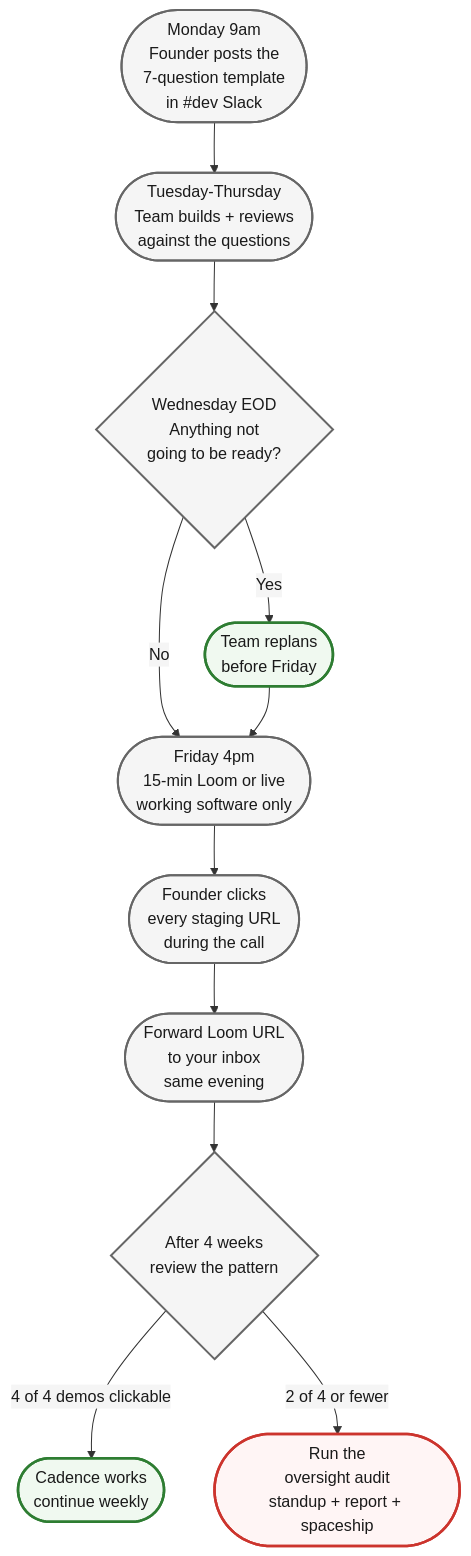
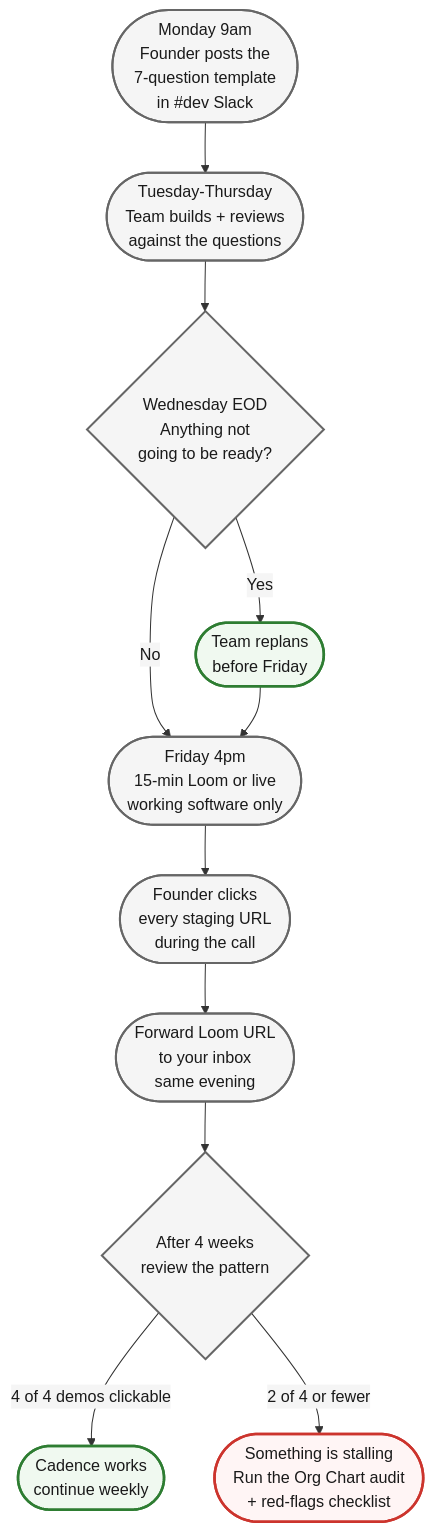
The diagram in content/course/tech-for-non-technical-founders-2026/friday-demo-rule-founder-progress/index.md (jetthoughts/jetthoughts.github.io), drawn with Mermaid before and after one commit. The commit also changed other lines of this file, not shown here.

Commit message:
fix(course): friday-demo escalation node referenced artifacts the page never names
The "2 of 4 or fewer" node said "run the oversight audit: standup +
report + spaceship" - three shorthands appearing nowhere on the page
(module-internal jargon, cryptic to the course reader). Node now names
the real escalation artifacts (Org Chart audit + red-flags checklist)
and a sentence under the flowchart links both. Caught by the render
sweep; re-rendered - node text sits inside the stadium border.

Cursive re-verification of the sweep's other findings: must-have
branch labels and outbound stage nodes render complete after the
theme revert (the clips were sans-only).

Claude-Session: https://claude.ai/code/session_01GYRU9wGepomJo5hSuqtu7V

````diff
--- a/content/course/tech-for-non-technical-founders-2026/friday-demo-rule-founder-progress/index.md
+++ b/content/course/tech-for-non-technical-founders-2026/friday-demo-rule-founder-progress/index.md
@@ -86,25 +86,25 @@
 ```mermaid
 
 %%{init: {'theme':'base', 'themeVariables': {'fontFamily':'Caveat, Patrick Hand, cursive', 'primaryColor':'#f5f5f5', 'primaryBorderColor':'#666', 'lineColor':'#333', 'primaryTextColor':'#1a1a1a'}}}%%
 
 flowchart TD
 
     Mon([Monday 9am<br/>Founder posts the<br/>7-question template<br/>in #dev Slack]) --> Tue([Tuesday-Thursday<br/>Team builds + reviews<br/>against the questions])
     Tue --> Wed{Wednesday EOD<br/>Anything not<br/>going to be ready?}
     Wed -->|Yes| Replan([Team replans<br/>before Friday])
     Wed -->|No| Fri([Friday 4pm<br/>15-min Loom or live<br/>working software only])
     Replan --> Fri
     Fri --> Click([Founder clicks<br/>every staging URL<br/>during the call])
     Click --> Forward([Forward Loom URL<br/>to your inbox<br/>same evening])
     Forward --> Score{After 4 weeks<br/>review the pattern}
     Score -->|4 of 4 demos clickable| Healthy([Cadence works<br/>continue weekly])
-    Score -->|2 of 4 or fewer| Investigate([Run the<br/>oversight audit<br/>standup + report + spaceship])
+    Score -->|2 of 4 or fewer| Investigate([Something is stalling<br/>Run the Org Chart audit<br/>+ red-flags checklist])
     classDef good fill:#f0f9f0,stroke:#2e7d32,stroke-width:2.5px,color:#1a1a1a
     classDef bad  fill:#fff5f5,stroke:#cc342d,stroke-width:2.5px,color:#1a1a1a
     classDef neutral fill:#f5f5f5,stroke:#666,stroke-width:2px,color:#1a1a1a
     class Mon,Tue,Fri,Click,Forward neutral
     class Wed,Score neutral
     class Replan,Healthy good
     class Investigate bad
 
 ```
````
